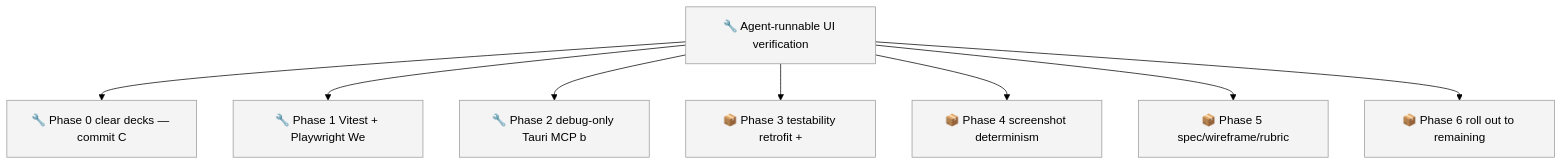
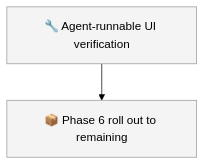
The first of 2 diagrams in docs/roadmap.md (SpillwaveSolutions/forge-notes), drawn with Mermaid (forest theme) before and after one commit. The commit also changed other lines of this file and 27 other files, not shown here.

First line of the commit message:
Close phases 0-5, sync and republish [01KYZ8XMGPWDJ8KXXK23KV47NT]

````diff
--- a/docs/roadmap.md
+++ b/docs/roadmap.md
@@ -45,20 +39,8 @@
 ```mermaid
 graph TD
     01KYZ8X1X1V76HYNK8B5JYMD9W["🔧 Agent-runnable UI verification"]
-    01KYZ8XKMKNZXG4VH7JD53QVJ6["🔧 Phase 0 clear decks — commit C"]
-    01KYZ8XKS8JTKW475Z0V18GSYF["🔧 Phase 1 Vitest + Playwright We"]
-    01KYZ8XKXZHJ767E31NKS05WPR["🔧 Phase 2 debug-only Tauri MCP b"]
-    01KYZ8XM2SCZG43J0MD59P4ZHK["📦 Phase 3 testability retrofit +"]
-    01KYZ8XM7DGK443WDFCVJTVC40["📦 Phase 4 screenshot determinism"]
-    01KYZ8XMBYBDR7M7V95CZZ63F3["📦 Phase 5 spec/wireframe/rubric"]
     01KYZ8XMGPWDJ8KXXK23KV47NT["📦 Phase 6 roll out to remaining"]
-    01KYZ8X1X1V76HYNK8B5JYMD9W --> 01KYZ8XKMKNZXG4VH7JD53QVJ6
-    01KYZ8X1X1V76HYNK8B5JYMD9W --> 01KYZ8XKS8JTKW475Z0V18GSYF
-    01KYZ8X1X1V76HYNK8B5JYMD9W --> 01KYZ8XKXZHJ767E31NKS05WPR
-    01KYZ8X1X1V76HYNK8B5JYMD9W --> 01KYZ8XM2SCZG43J0MD59P4ZHK
-    01KYZ8X1X1V76HYNK8B5JYMD9W --> 01KYZ8XM7DGK443WDFCVJTVC40
-    01KYZ8X1X1V76HYNK8B5JYMD9W --> 01KYZ8XMBYBDR7M7V95CZZ63F3
     01KYZ8X1X1V76HYNK8B5JYMD9W --> 01KYZ8XMGPWDJ8KXXK23KV47NT
     classDef todo fill:#f4f4f4,stroke:#999999
-    class 01KYZ8X1X1V76HYNK8B5JYMD9W,01KYZ8XKMKNZXG4VH7JD53QVJ6,01KYZ8XKS8JTKW475Z0V18GSYF,01KYZ8XKXZHJ767E31NKS05WPR,01KYZ8XM2SCZG43J0MD59P4ZHK,01KYZ8XM7DGK443WDFCVJTVC40,01KYZ8XMBYBDR7M7V95CZZ63F3,01KYZ8XMGPWDJ8KXXK23KV47NT todo
+    class 01KYZ8X1X1V76HYNK8B5JYMD9W,01KYZ8XMGPWDJ8KXXK23KV47NT todo
 ```
````
